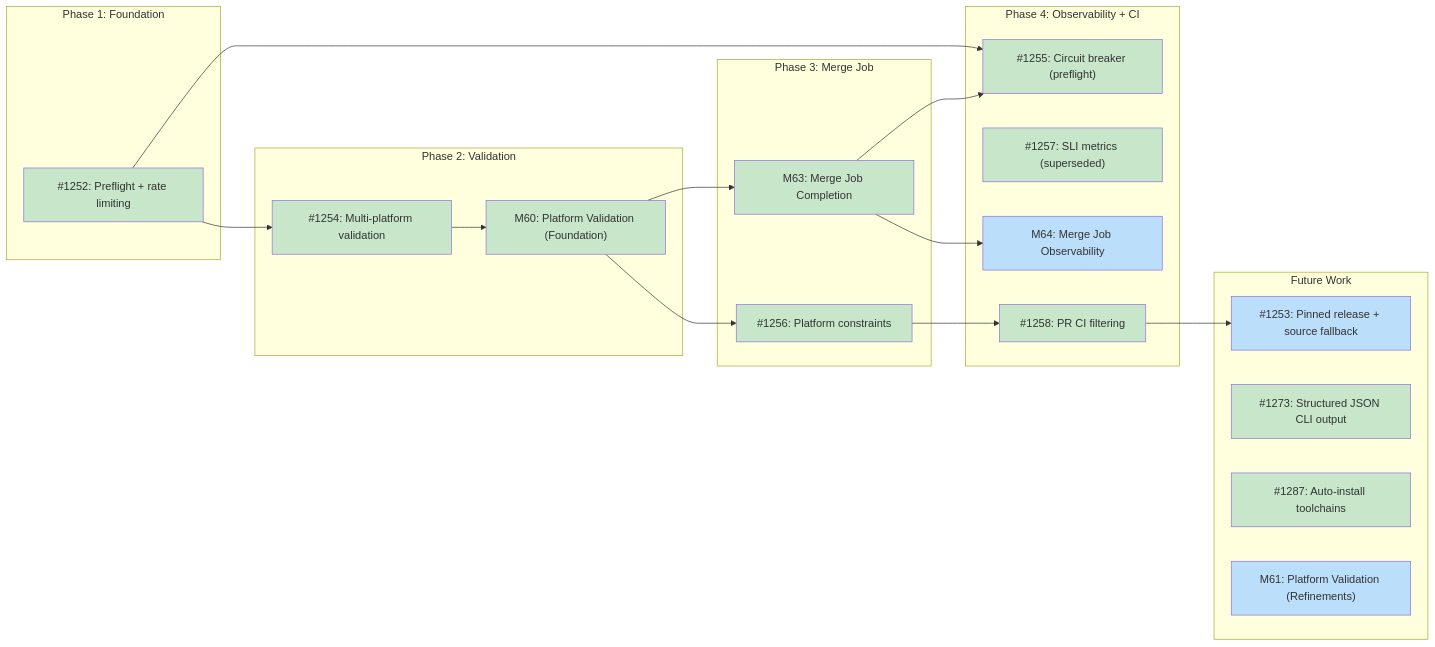
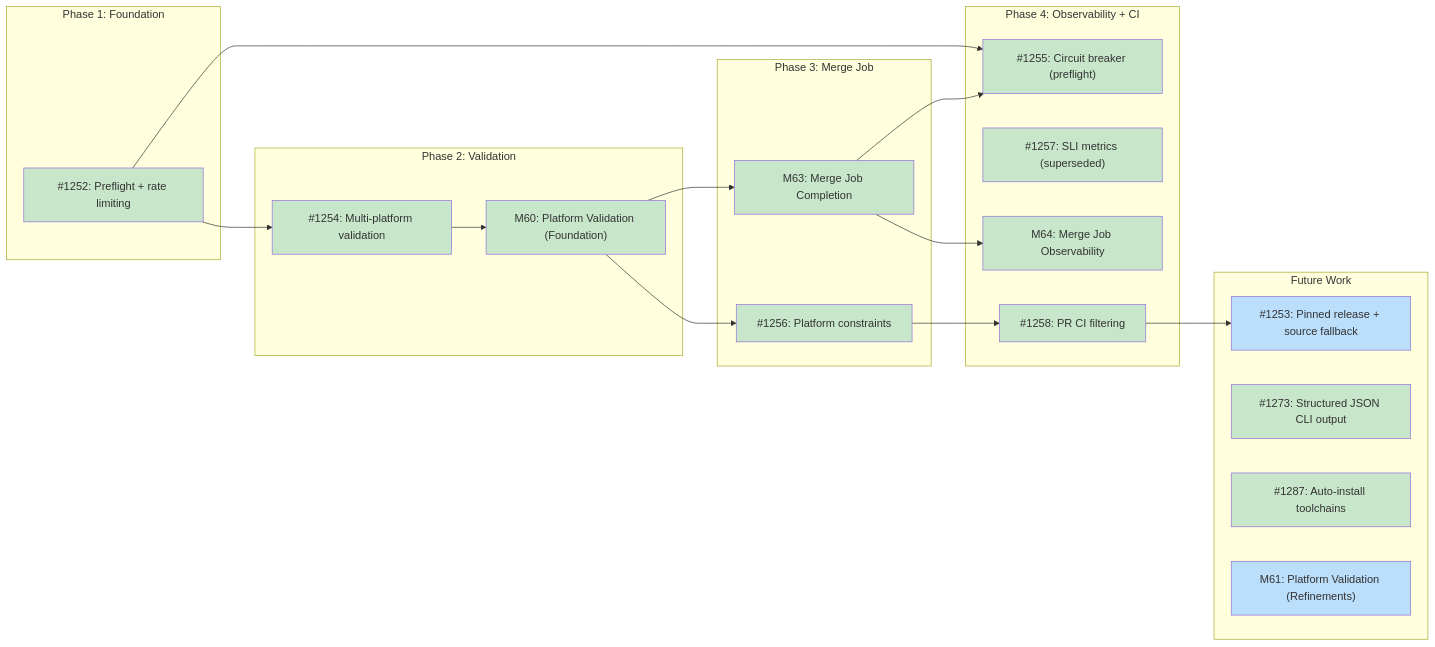
The diagram in docs/designs/DESIGN-batch-recipe-generation.md (tsukumogami/tsuku), drawn with Mermaid before and after one commit. The commit also changed other lines of this file and 1 other file, not shown here.

First line of the commit message:
docs(design): mark DESIGN-merge-job-completion as current, M64 done (#1426)

````diff
--- a/docs/designs/DESIGN-batch-recipe-generation.md
+++ b/docs/designs/DESIGN-batch-recipe-generation.md
@@ -34,55 +34,55 @@
 ```mermaid
 graph LR
     subgraph Phase1["Phase 1: Foundation"]
         I1252["#1252: Preflight + rate limiting"]
     end
 
     subgraph Phase2["Phase 2: Validation"]
         I1254["#1254: Multi-platform validation"]
         M60["M60: Platform Validation (Foundation)"]
     end
 
     subgraph Phase3["Phase 3: Merge Job"]
         I1256["#1256: Platform constraints"]
         M63["M63: Merge Job Completion"]
     end
 
     subgraph Phase4["Phase 4: Observability + CI"]
         I1255["#1255: Circuit breaker (preflight)"]
         I1257["#1257: SLI metrics (superseded)"]
         M64["M64: Merge Job Observability"]
         I1258["#1258: PR CI filtering"]
     end
 
     subgraph Future["Future Work"]
         I1253["#1253: Pinned release + source fallback"]
         I1273["#1273: Structured JSON CLI output"]
         I1287["#1287: Auto-install toolchains"]
         M61["M61: Platform Validation (Refinements)"]
     end
 
     I1252 --> I1254
     I1254 --> M60
     M60 --> I1256
     M60 --> M63
     I1256 --> I1258
     I1258 --> I1253
     M63 --> I1255
     I1252 --> I1255
     M63 --> M64
 
     classDef done fill:#c8e6c9
     classDef ready fill:#bbdefb
     classDef blocked fill:#fff9c4
     classDef needsDesign fill:#e1bee7
 
     class I1254,I1273,I1257,I1287 done
     class M60,I1256 done
     class M63 done
     class I1252 done
     class I1255 done
     class I1258 done
     class M61 ready
     class I1253 ready
-    class M64 ready
+    class M64 done
 ```
````
